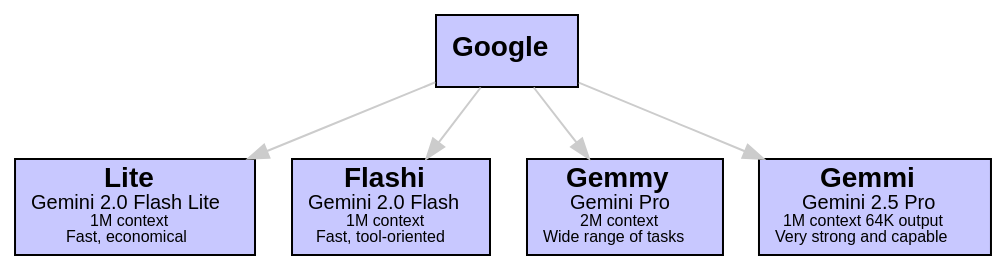
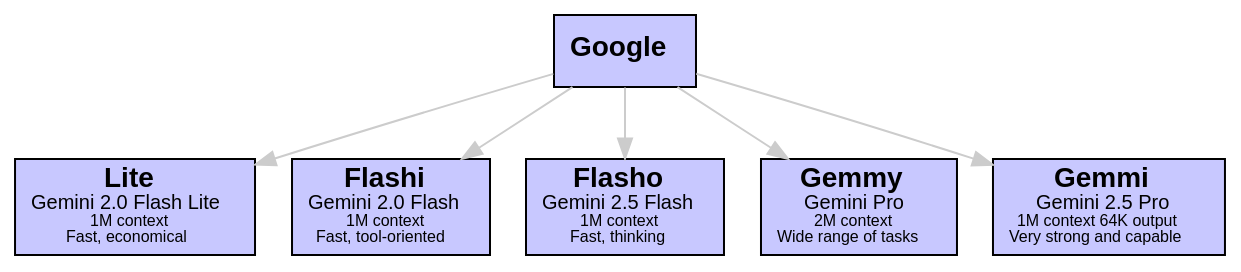
One commit to sswam/allemande changed the fourth of 12 diagrams in doc/guide.md. Above: the diagram before and after it, drawn with Graphviz. The commit also changed other lines of this file and 6 other files, not shown here.

First line of the commit message:
feat(api): add Flasho (gemini-2.5-flash) agent and GeoIP endpoint

````diff
--- a/doc/guide.md
+++ b/doc/guide.md
@@ -139,18 +139,20 @@
 ```dot
 digraph Google {
     graph [bgcolor=transparent]
     edge [color="#CCCCCC"]
     node [shape=box, style=filled, fillcolor="#C8C8FF", fontname="Helvetica"]
 
     "Google" [label=<<b>Google</b>>]
     "Lite" [label=<<b>Lite</b><br/><font point-size="10">Gemini 2.0 Flash Lite</font><br/><font point-size="8">1M context</font><br/><font point-size="8">Fast, economical</font>>]
     "Flashi" [label=<<b>Flashi</b><br/><font point-size="10">Gemini 2.0 Flash</font><br/><font point-size="8">1M context</font><br/><font point-size="8">Fast, tool-oriented</font>>]
+    "Flasho" [label=<<b>Flasho</b><br/><font point-size="10">Gemini 2.5 Flash</font><br/><font point-size="8">1M context</font><br/><font point-size="8">Fast, thinking</font>>]
     "Gemmy" [label=<<b>Gemmy</b><br/><font point-size="10">Gemini Pro</font><br/><font point-size="8">2M context</font><br/><font point-size="8">Wide range of tasks</font>>]
     "Gemmi" [label=<<b>Gemmi</b><br/><font point-size="10">Gemini 2.5 Pro</font><br/><font point-size="8">1M context 64K output</font><br/><font point-size="8">Very strong and capable</font>>]
 
     "Google" -> "Lite"
     "Google" -> "Flashi"
+    "Google" -> "Flasho"
+    "Google" -> "Gemmy"
     "Google" -> "Gemmi"
-    "Google" -> "Gemmy"
 }
 ```
````
